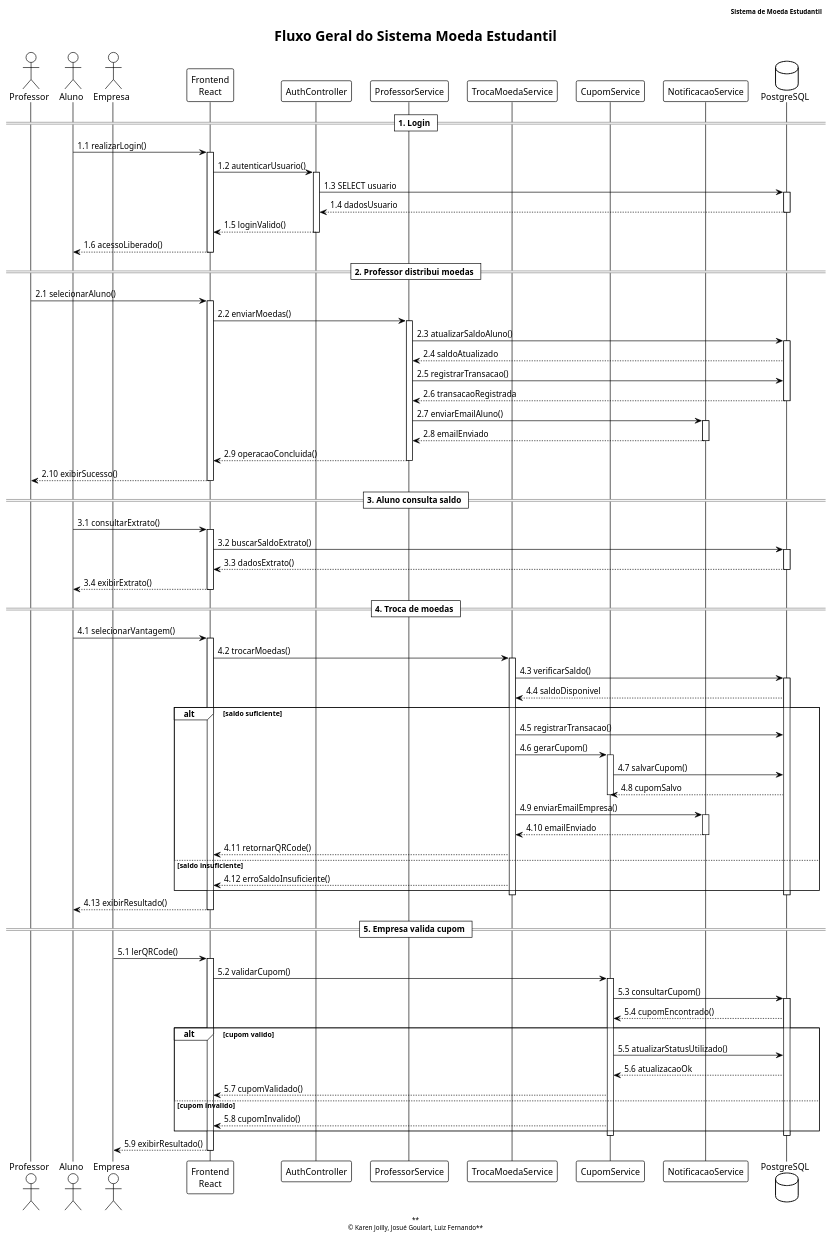
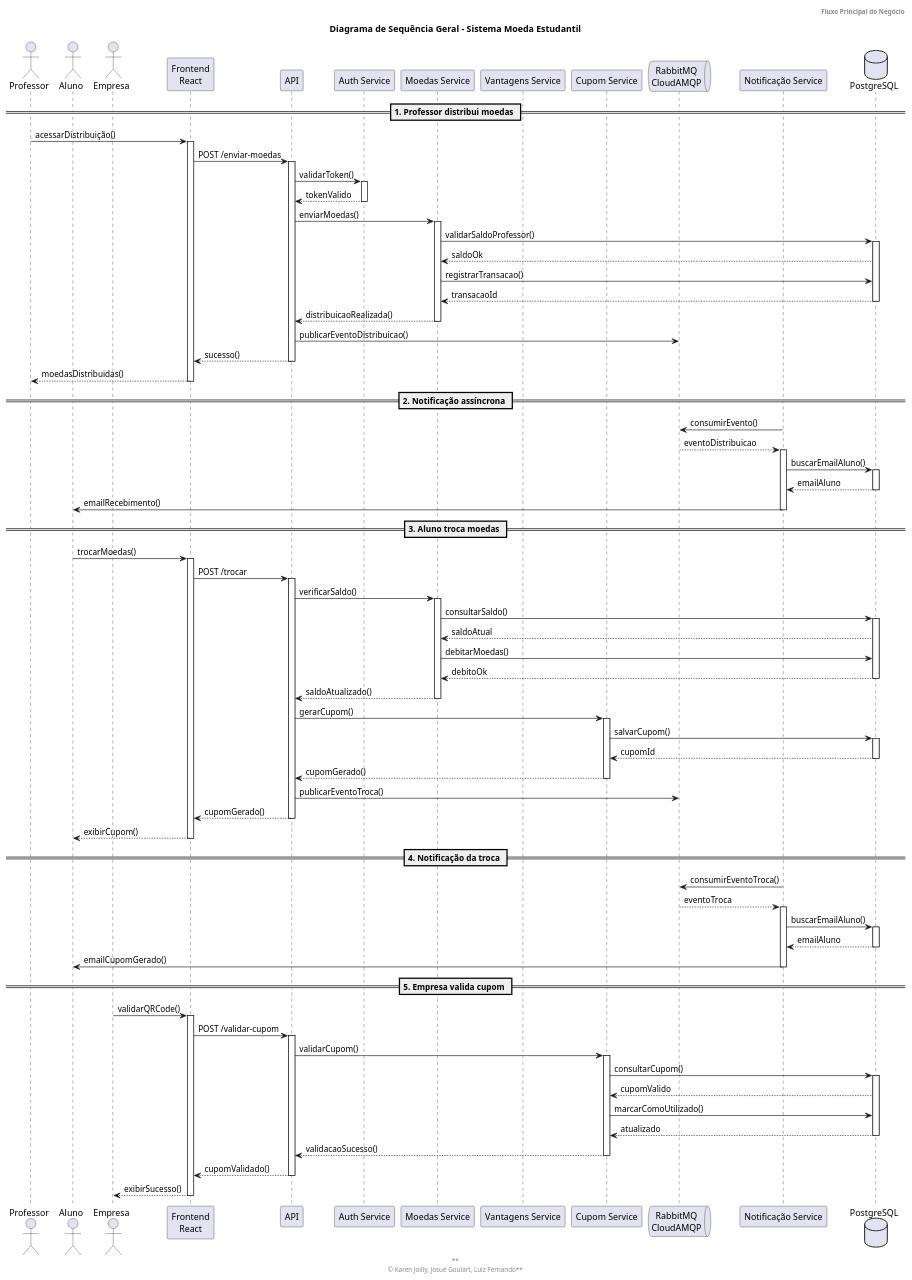
Before and after one commit to karenjoilly11/Moeda-Estudantil-Projeto-de-Software: the diagram in Modelagem/Sequencia/Codigo/sequencia-geral-moeda-estudantil.puml, drawn with PlantUML.

```diff
--- a/Modelagem/Sequencia/Codigo/sequencia-geral-moeda-estudantil.puml
+++ b/Modelagem/Sequencia/Codigo/sequencia-geral-moeda-estudantil.puml
@@ -1,180 +1,177 @@
 @startuml
-!theme plain
 
-title **Fluxo Geral do Sistema Moeda Estudantil**
-header **Sistema de Moeda Estudantil**
+title **Diagrama de Sequência Geral - Sistema Moeda Estudantil**
+header **Fluxo Principal do Negócio**
 footer **\n© Karen Joilly, Josué Goulart, Luiz Fernando**
 
 actor Professor
 actor Aluno
 actor Empresa
 
-participant "Frontend\nReact" as FRONT
-participant "AuthController" as AUTH
-participant "ProfessorService" as PROF
-participant "TrocaMoedaService" as TROCA
-participant "CupomService" as CUPOM
-participant "NotificacaoService" as NOTIF
-
+participant "Frontend\nReact" as WEB
+participant API
+participant "Auth Service" as AUTH
+participant "Moedas Service" as MOEDAS
+participant "Vantagens Service" as VANTAGENS
+participant "Cupom Service" as CUPOM
+queue "RabbitMQ\nCloudAMQP" as FILA
+participant "Notificação Service" as NOTIF
 database PostgreSQL as DB
 
-== 1. Login ==
+== 1. Professor distribui moedas ==
 
-Aluno -> FRONT : 1.1 realizarLogin()
-activate FRONT
+Professor -> WEB : acessarDistribuição()
+activate WEB
 
-FRONT -> AUTH : 1.2 autenticarUsuario()
+WEB -> API : POST /enviar-moedas
+activate API
+
+API -> AUTH : validarToken()
 activate AUTH
-
-AUTH -> DB : 1.3 SELECT usuario
-activate DB
-
-DB --> AUTH : 1.4 dadosUsuario
-deactivate DB
-
-AUTH --> FRONT : 1.5 loginValido()
+AUTH --> API : tokenValido
 deactivate AUTH
 
-FRONT --> Aluno : 1.6 acessoLiberado()
-deactivate FRONT
+API -> MOEDAS : enviarMoedas()
 
-== 2. Professor distribui moedas ==
+activate MOEDAS
 
-Professor -> FRONT : 2.1 selecionarAluno()
+MOEDAS -> DB : validarSaldoProfessor()
+activate DB
+DB --> MOEDAS : saldoOk
 
-activate FRONT
-
-FRONT -> PROF : 2.2 enviarMoedas()
-activate PROF
-
-PROF -> DB : 2.3 atualizarSaldoAluno()
-activate DB
-
-DB --> PROF : 2.4 saldoAtualizado
-
-PROF -> DB : 2.5 registrarTransacao()
-
-DB --> PROF : 2.6 transacaoRegistrada
-deactivate DB
-
-PROF -> NOTIF : 2.7 enviarEmailAluno()
-activate NOTIF
-
-NOTIF --> PROF : 2.8 emailEnviado
-deactivate NOTIF
-
-PROF --> FRONT : 2.9 operacaoConcluida()
-deactivate PROF
-
-FRONT --> Professor : 2.10 exibirSucesso()
-deactivate FRONT
-
-== 3. Aluno consulta saldo ==
-
-Aluno -> FRONT : 3.1 consultarExtrato()
-
-activate FRONT
-
-FRONT -> DB : 3.2 buscarSaldoExtrato()
-
-activate DB
-
-DB --> FRONT : 3.3 dadosExtrato()
+MOEDAS -> DB : registrarTransacao()
+DB --> MOEDAS : transacaoId
 
 deactivate DB
 
-FRONT --> Aluno : 3.4 exibirExtrato()
+MOEDAS --> API : distribuicaoRealizada()
+deactivate MOEDAS
 
-deactivate FRONT
+API -> FILA : publicarEventoDistribuicao()
 
-== 4. Troca de moedas ==
+API --> WEB : sucesso()
+deactivate API
 
-Aluno -> FRONT : 4.1 selecionarVantagem()
+WEB --> Professor : moedasDistribuidas()
+deactivate WEB
 
-activate FRONT
+== 2. Notificação assíncrona ==
 
-FRONT -> TROCA : 4.2 trocarMoedas()
+NOTIF -> FILA : consumirEvento()
 
-activate TROCA
+FILA --> NOTIF : eventoDistribuicao
 
-TROCA -> DB : 4.3 verificarSaldo()
+activate NOTIF
 
+NOTIF -> DB : buscarEmailAluno()
 activate DB
 
-DB --> TROCA : 4.4 saldoDisponivel
-
-alt saldo suficiente
-
-    TROCA -> DB : 4.5 registrarTransacao()
-
-    TROCA -> CUPOM : 4.6 gerarCupom()
-
-    activate CUPOM
-
-    CUPOM -> DB : 4.7 salvarCupom()
-
-    DB --> CUPOM : 4.8 cupomSalvo
-
-    deactivate CUPOM
-
-    TROCA -> NOTIF : 4.9 enviarEmailEmpresa()
-
-    activate NOTIF
-
-    NOTIF --> TROCA : 4.10 emailEnviado
-
-    deactivate NOTIF
-
-    TROCA --> FRONT : 4.11 retornarQRCode()
-
-else saldo insuficiente
-
-    TROCA --> FRONT : 4.12 erroSaldoInsuficiente()
-
-end
+DB --> NOTIF : emailAluno
 
 deactivate DB
-deactivate TROCA
 
-FRONT --> Aluno : 4.13 exibirResultado()
+NOTIF -> Aluno : emailRecebimento()
 
-deactivate FRONT
+deactivate NOTIF
+
+== 3. Aluno troca moedas ==
+
+Aluno -> WEB : trocarMoedas()
+activate WEB
+
+WEB -> API : POST /trocar
+activate API
+
+API -> MOEDAS : verificarSaldo()
+
+activate MOEDAS
+
+MOEDAS -> DB : consultarSaldo()
+activate DB
+
+DB --> MOEDAS : saldoAtual
+
+MOEDAS -> DB : debitarMoedas()
+
+DB --> MOEDAS : debitoOk
+
+deactivate DB
+
+MOEDAS --> API : saldoAtualizado()
+deactivate MOEDAS
+
+API -> CUPOM : gerarCupom()
+
+activate CUPOM
+
+CUPOM -> DB : salvarCupom()
+activate DB
+
+DB --> CUPOM : cupomId
+
+deactivate DB
+
+CUPOM --> API : cupomGerado()
+
+deactivate CUPOM
+
+API -> FILA : publicarEventoTroca()
+
+API --> WEB : cupomGerado()
+deactivate API
+
+WEB --> Aluno : exibirCupom()
+deactivate WEB
+
+== 4. Notificação da troca ==
+
+NOTIF -> FILA : consumirEventoTroca()
+
+FILA --> NOTIF : eventoTroca
+
+activate NOTIF
+
+NOTIF -> DB : buscarEmailAluno()
+activate DB
+
+DB --> NOTIF : emailAluno
+
+deactivate DB
+
+NOTIF -> Aluno : emailCupomGerado()
+
+deactivate NOTIF
 
 == 5. Empresa valida cupom ==
 
-Empresa -> FRONT : 5.1 lerQRCode()
+Empresa -> WEB : validarQRCode()
+activate WEB
 
-activate FRONT
+WEB -> API : POST /validar-cupom
+activate API
 
-FRONT -> CUPOM : 5.2 validarCupom()
+API -> CUPOM : validarCupom()
 
 activate CUPOM
 
-CUPOM -> DB : 5.3 consultarCupom()
-
+CUPOM -> DB : consultarCupom()
 activate DB
 
-DB --> CUPOM : 5.4 cupomEncontrado()
+DB --> CUPOM : cupomValido
 
-alt cupom valido
+CUPOM -> DB : marcarComoUtilizado()
 
-    CUPOM -> DB : 5.5 atualizarStatusUtilizado()
-
-    DB --> CUPOM : 5.6 atualizacaoOk
-
-    CUPOM --> FRONT : 5.7 cupomValidado()
-
-else cupom invalido
-
-    CUPOM --> FRONT : 5.8 cupomInvalido()
-
-end
+DB --> CUPOM : atualizado
 
 deactivate DB
+
+CUPOM --> API : validacaoSucesso()
 deactivate CUPOM
 
-FRONT --> Empresa : 5.9 exibirResultado()
+API --> WEB : cupomValidado()
+deactivate API
 
-deactivate FRONT
+WEB --> Empresa : exibirSucesso()
+deactivate WEB
 
 @enduml
```
